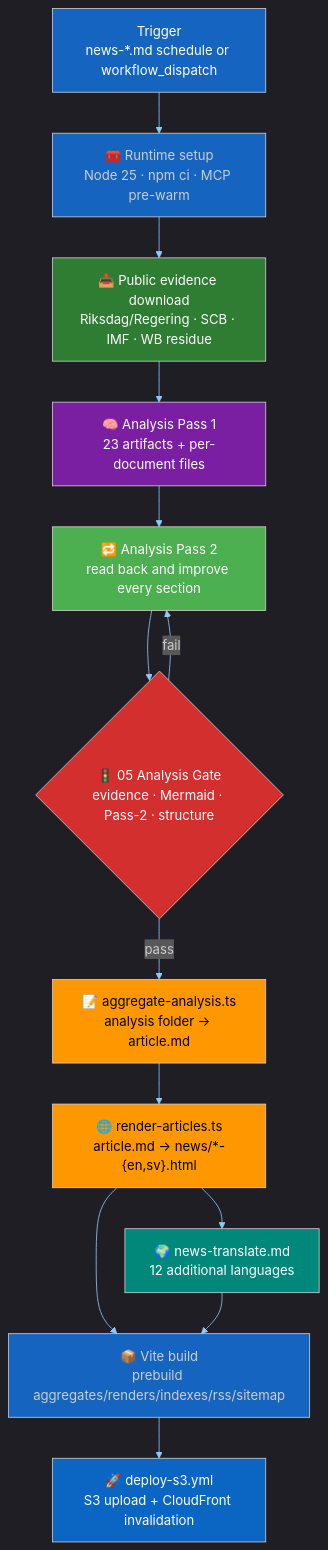
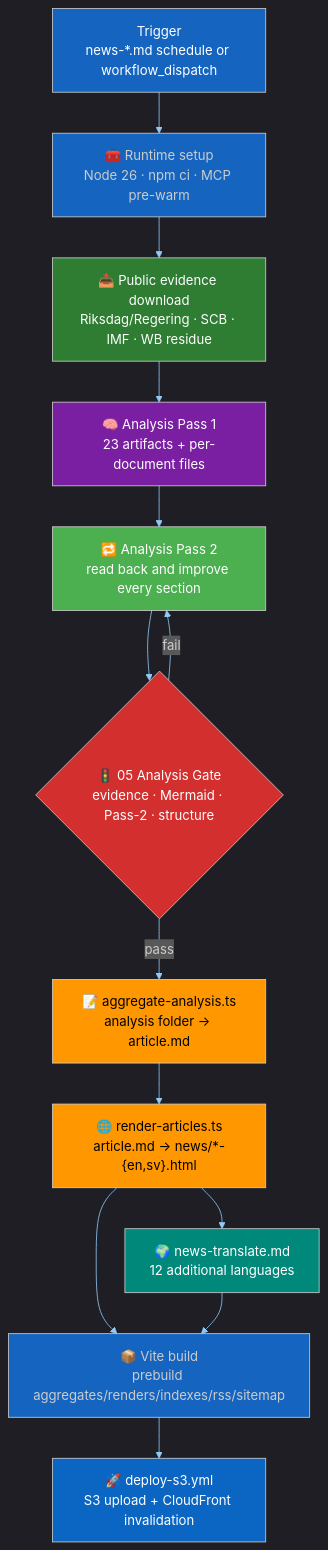
The first of 7 diagrams in Article-Generation.md (Hack23/riksdagsmonitor), drawn with Mermaid before and after one commit. The commit also changed other lines of this file and 53 other files, not shown here.

````diff
--- a/Article-Generation.md
+++ b/Article-Generation.md
@@ -123,26 +123,26 @@
 ```mermaid
 %%{init: {"theme":"dark","themeVariables":{"primaryColor":"#1565C0","primaryTextColor":"#ffffff","primaryBorderColor":"#0A3F7F","lineColor":"#90CAF9","secondaryColor":"#2E7D32","secondaryTextColor":"#ffffff","tertiaryColor":"#FF9800","tertiaryTextColor":"#000000","mainBkg":"#1565C0","secondBkg":"#2E7D32","tertiaryBkg":"#FF9800","noteBkgColor":"#FFC107","noteTextColor":"#000000","errorBkgColor":"#D32F2F","fontFamily":"Inter, Helvetica, Arial, sans-serif"}}}%%
 flowchart TB
-    A["Trigger<br/>news-*.md schedule or workflow_dispatch"] --> B["🧰 Runtime setup<br/>Node 25 · npm ci · MCP pre-warm"]
+    A["Trigger<br/>news-*.md schedule or workflow_dispatch"] --> B["🧰 Runtime setup<br/>Node 26 · npm ci · MCP pre-warm"]
     B --> C["📥 Public evidence download<br/>Riksdag/Regering · SCB · IMF · WB residue"]
     C --> D["🧠 Analysis Pass 1<br/>23 artifacts + per-document files"]
     D --> E["🔁 Analysis Pass 2<br/>read back and improve every section"]
     E --> F{"🚦 05 Analysis Gate<br/>evidence · Mermaid · Pass-2 · structure"}
     F -- fail --> E
     F -- pass --> G["📝 aggregate-analysis.ts<br/>analysis folder → article.md"]
     G --> H["🌐 render-articles.ts<br/>article.md → news/*-{en,sv}.html"]
     H --> I["🌍 news-translate.md<br/>12 additional languages"]
     H --> J["📦 Vite build<br/>prebuild aggregates/renders/indexes/rss/sitemap"]
     I --> J
     J --> K["🚀 deploy-s3.yml<br/>S3 upload + CloudFront invalidation"]
 
     style A fill:#1565C0,color:#ffffff
     style C fill:#2E7D32,color:#ffffff
     style D fill:#7B1FA2,color:#ffffff
     style E fill:#4CAF50,color:#ffffff
     style F fill:#D32F2F,color:#ffffff
     style G fill:#FF9800,color:#000000
     style H fill:#FF9800,color:#000000
     style I fill:#00897B,color:#ffffff
     style K fill:#0A66C2,color:#ffffff
 ```
````
